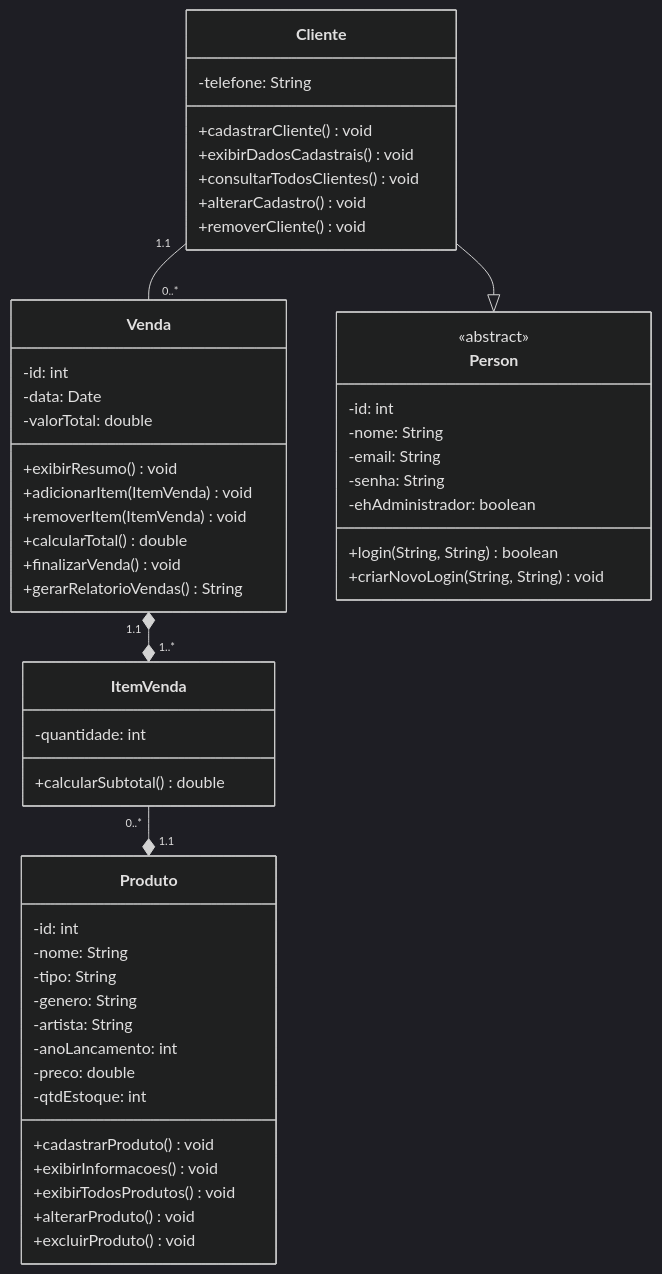
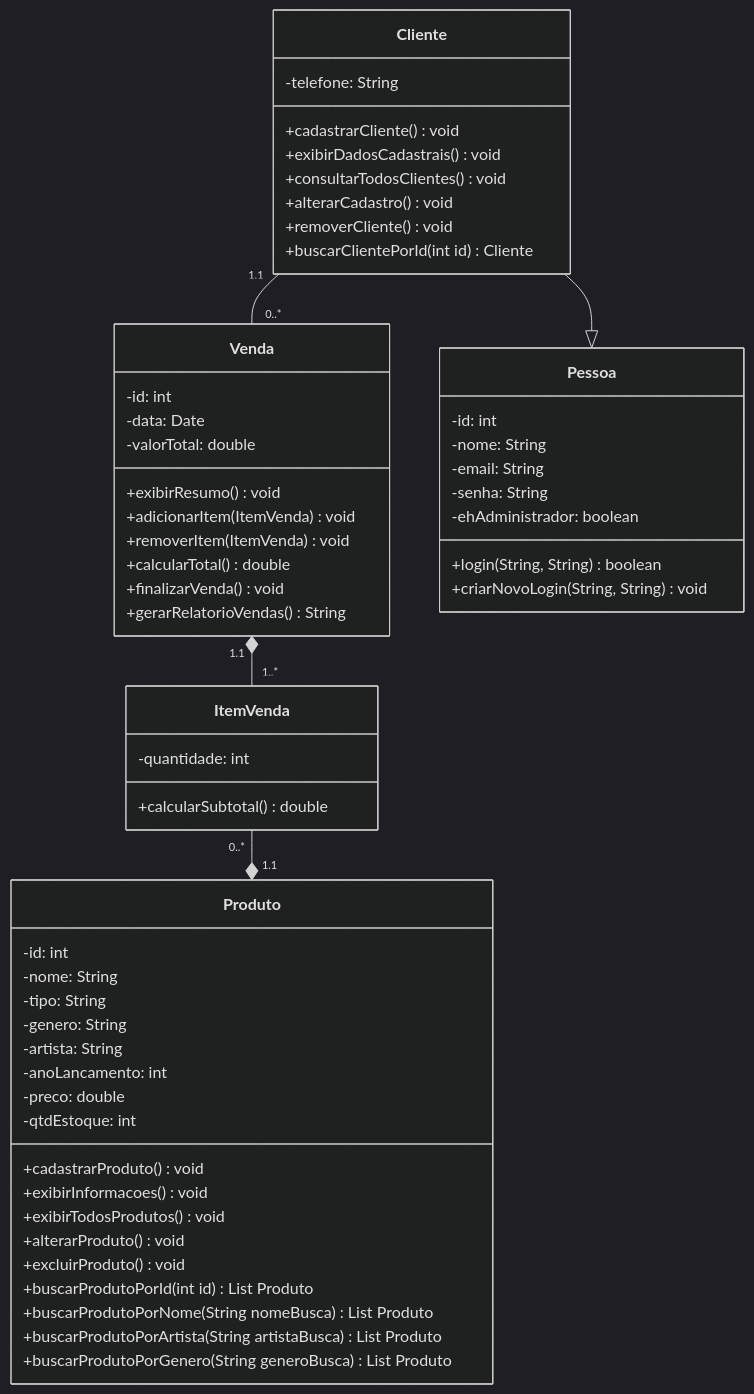
Before and after one commit to isabellylimals/Music_Store: the diagram in README.md, drawn with Mermaid (dark theme). The commit also changed other lines of this file, not shown here.

````diff
--- a/README.md
+++ b/README.md
@@ -42,62 +53,66 @@
 ```mermaid
 classDiagram
     class Venda {
         -id: int
         -data: Date
         -valorTotal: double
         +exibirResumo() void
         +adicionarItem(ItemVenda) void
         +removerItem(ItemVenda) void
         +calcularTotal() double
         +finalizarVenda() void
         +gerarRelatorioVendas() String
     }
 
     class ItemVenda {
         -quantidade: int
         +calcularSubtotal() double
     }
 
-    class Person {
-        <<abstract>>
+    class Pessoa {
         -id: int
         -nome: String
         -email: String
         -senha: String
         -ehAdministrador: boolean
         +login(String, String) boolean
         +criarNovoLogin(String, String) void
     }
 
     class Cliente {
         -telefone: String
         +cadastrarCliente() void
         +exibirDadosCadastrais() void
         +consultarTodosClientes() void
         +alterarCadastro() void
         +removerCliente() void
+        +buscarClientePorId(int id) Cliente
     }
 
     class Produto {
         -id: int
         -nome: String
         -tipo: String
         -genero: String
         -artista: String
         -anoLancamento: int
         -preco: double
         -qtdEstoque: int
         +cadastrarProduto() void
         +exibirInformacoes() void
         +exibirTodosProdutos() void
         +alterarProduto() void
         +excluirProduto() void
+        +buscarProdutoPorId(int id) List Produto
+        +buscarProdutoPorNome(String nomeBusca) List Produto
+        +buscarProdutoPorArtista(String artistaBusca) List Produto
+        +buscarProdutoPorGenero(String generoBusca) List Produto 
     }
 
     
-    Venda "1.1  " *-- * "1..*" ItemVenda :  
-    Cliente --|> Person :  
+    Venda "1.1  " *--  "1..*" ItemVenda :  
+    Cliente --|> Pessoa :  
     ItemVenda "0..*" --*"1.1  " Produto :  
     Cliente "1.1  " -- "0..*  " Venda :  
 
 ```
````
